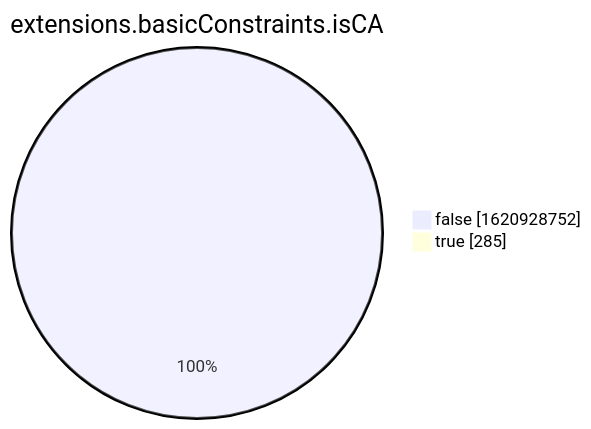
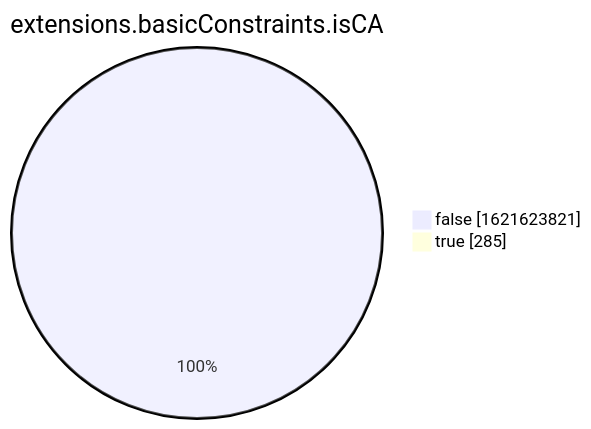
The eighth of 15 diagrams in xenon2022/README.md (christiankrug/ctmonitor_visualization), drawn with Mermaid before and after one commit. The commit also changed other lines of this file, not shown here.

````diff
--- a/xenon2022/README.md
+++ b/xenon2022/README.md
@@ -2863,6 +2863,6 @@
 ```mermaid
 pie showData
 title extensions.basicConstraints.isCA
-"false" :1620928752
+"false" :1621623821
 "true" :285
 ```
````
